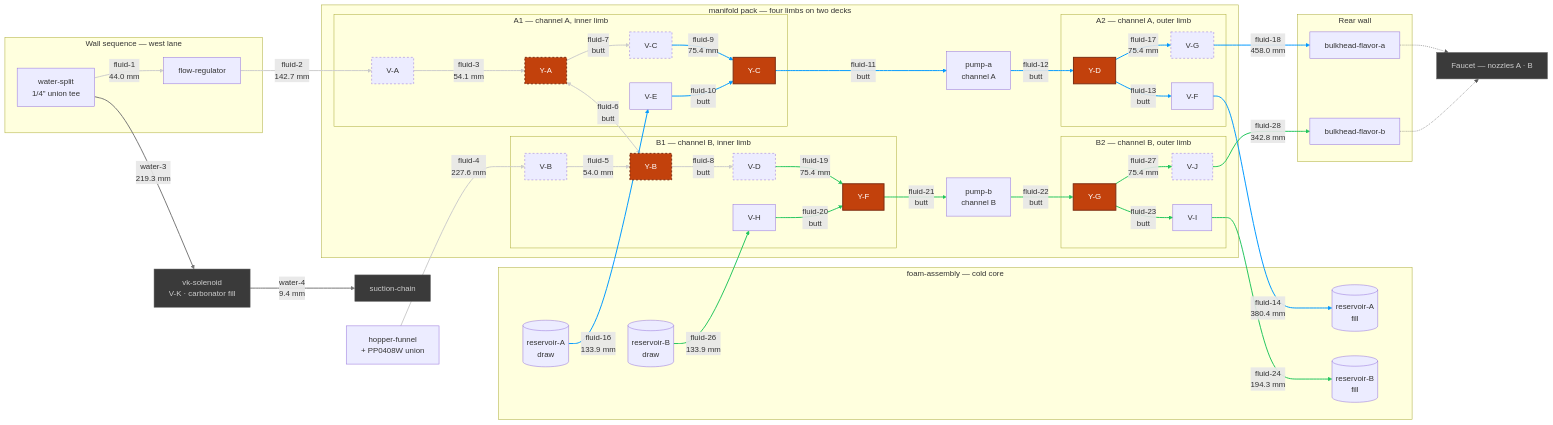
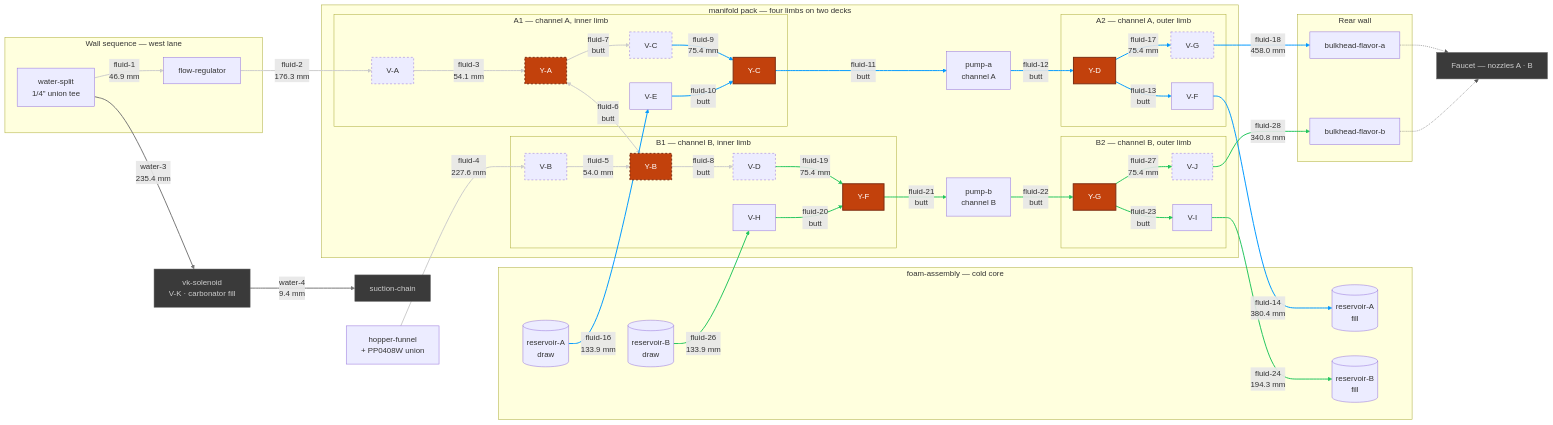
Before and after one commit to derekbreden/homesodamachine: the diagram in hardware/topology/fluid-topology-manifold.mmd, drawn with Mermaid. The commit also changed 24 other files, not shown here.

```diff
--- a/hardware/topology/fluid-topology-manifold.mmd
+++ b/hardware/topology/fluid-topology-manifold.mmd
@@ -14,7 +14,7 @@
   %% [26](SEGMENT_COUNT) flavor segments. [11](BUTT_COUNT) are collet butted to collet and carry
   %% no tube at all; [9](DRAWN_COUNT) are swept runs between placed bodies; the rest are the
   %% hinge's four hairpins and the source pair's two quarter-and-step turns. What is cut comes to
-  %% [2467.3 mm](FLUID_TOTAL) of 1/4" LLDPE over [49](FLUID_BENDS) corners, and the longest is
+  %% [2501.8 mm](FLUID_TOTAL) of 1/4" LLDPE over [50](FLUID_BENDS) corners, and the longest is
   %% [fluid-18](LONGEST_ID) at [458.0 mm](LONGEST_LEN). [0](OPEN_COUNT) are mouths with nothing
   %% on the far end of them: EVERY FLAVOR SEGMENT IN THIS CHART IS MADE. The hopper's gravity
   %% drain is drawn like the rest — the funnel is seated in the box rather than placed in the
@@ -117,8 +117,8 @@
   %% select it feeds, with their branches meeting face to face across the mirror plane. V-A and
   %% V-B come off the folded deck's plane on a quarter turn of R14, then step 28 mm further along
   %% the run and 14 mm across it, toward the cold core's crown.
-  Split -->|"fluid-1<br/>44.0 mm"| FlowReg
-  FlowReg -->|"fluid-2<br/>142.7 mm"| VA
+  Split -->|"fluid-1<br/>46.9 mm"| FlowReg
+  FlowReg -->|"fluid-2<br/>176.3 mm"| VA
   VA -->|"fluid-3<br/>54.1 mm"| YA
   Hopper -->|"fluid-4<br/>227.6 mm"| VB
   VB -->|"fluid-5<br/>54.0 mm"| YB
@@ -157,7 +157,7 @@
   VI -->|"fluid-24<br/>194.3 mm"| ResBFill
   ResB -->|"fluid-26<br/>133.9 mm"| VH
   YG -->|"fluid-27<br/>75.4 mm"| VJ
-  VJ -->|"fluid-28<br/>342.8 mm"| BhB
+  VJ -->|"fluid-28<br/>340.8 mm"| BhB
 
   %% =========================
   %% V-K's own two runs — the carbonator circuit, through this bay
@@ -165,7 +165,7 @@
   %% V-K gates the carbonator fill off the same split fluid-1 leaves. It stands on the cold core's
   %% crown, east of the SeaFlo, and water-3 is the one run in the assembly that crosses the whole
   %% machine — the split is in the west lane, V-K is on the east, and its inlet faces forward.
-  Split -->|"water-3<br/>219.3 mm"| VK
+  Split -->|"water-3<br/>235.4 mm"| VK
   VK -->|"water-4<br/>9.4 mm"| SuctChain
 
   %% =========================
```
